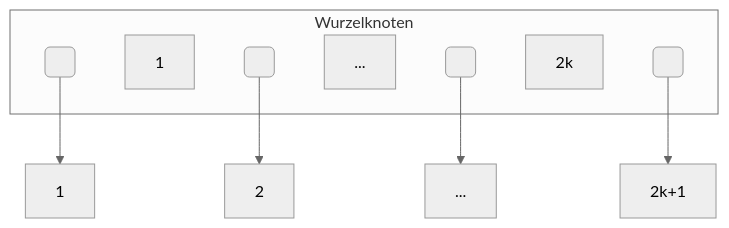
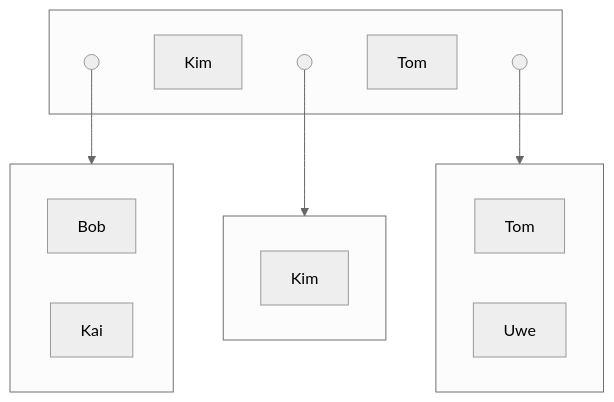
Before and after one commit to noahjutz/oth-2023-wise: the first of 3 diagrams in vault/DB/uebungen/uebung 12/aufgabe 3.md, drawn with Mermaid (neutral theme). The commit also changed other lines of this file and 5 other files, not shown here.

````diff
--- a/vault/DB/uebungen/uebung 12/aufgabe 3.md
+++ b/vault/DB/uebungen/uebung 12/aufgabe 3.md
@@ -11,16 +5,31 @@
 ```mermaid
 graph TD
-	subgraph a[Wurzelknoten]
-		aX1( )
-		a1[1]
-		aX2( )
-		a2[...]
-		aX3( )
-		a3[2k]
-		aX4( )
-	end
-aX1-->b[1]
-aX2-->c[2]
-aX3-->d[...]
-aX4-->e[2k+1]
+
+subgraph root[ ]
+    rootL(( ))
+    rootKim[Kim]
+    rootM(( ))
+    rootTom[Tom]
+    rootR(( ))
+end
+
+rootL-->leaf1
+
+subgraph leaf1[ ]
+    Bob
+    Kai
+end
+
+rootM-->leaf2
+
+subgraph leaf2[ ]
+    Kim
+end
+
+rootR-->leaf3
+
+subgraph leaf3[ ]
+    Tom
+    Uwe
+end
 ```
````
